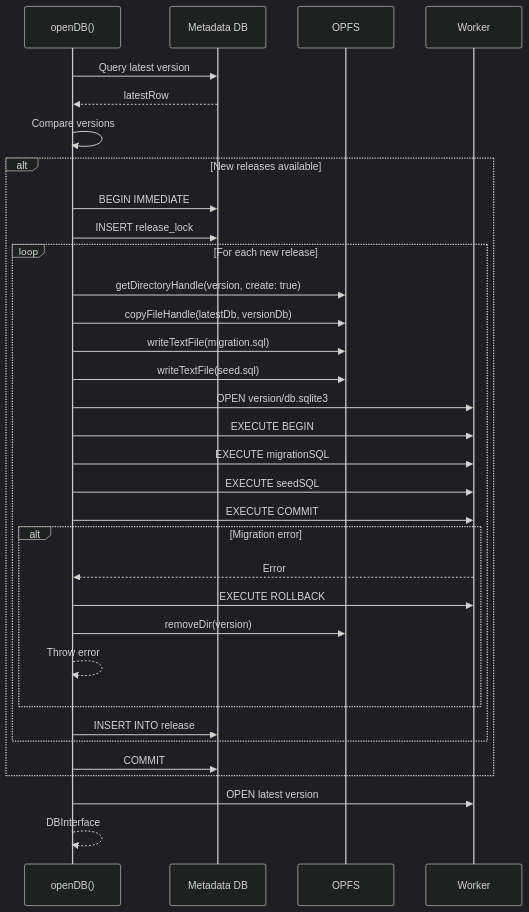
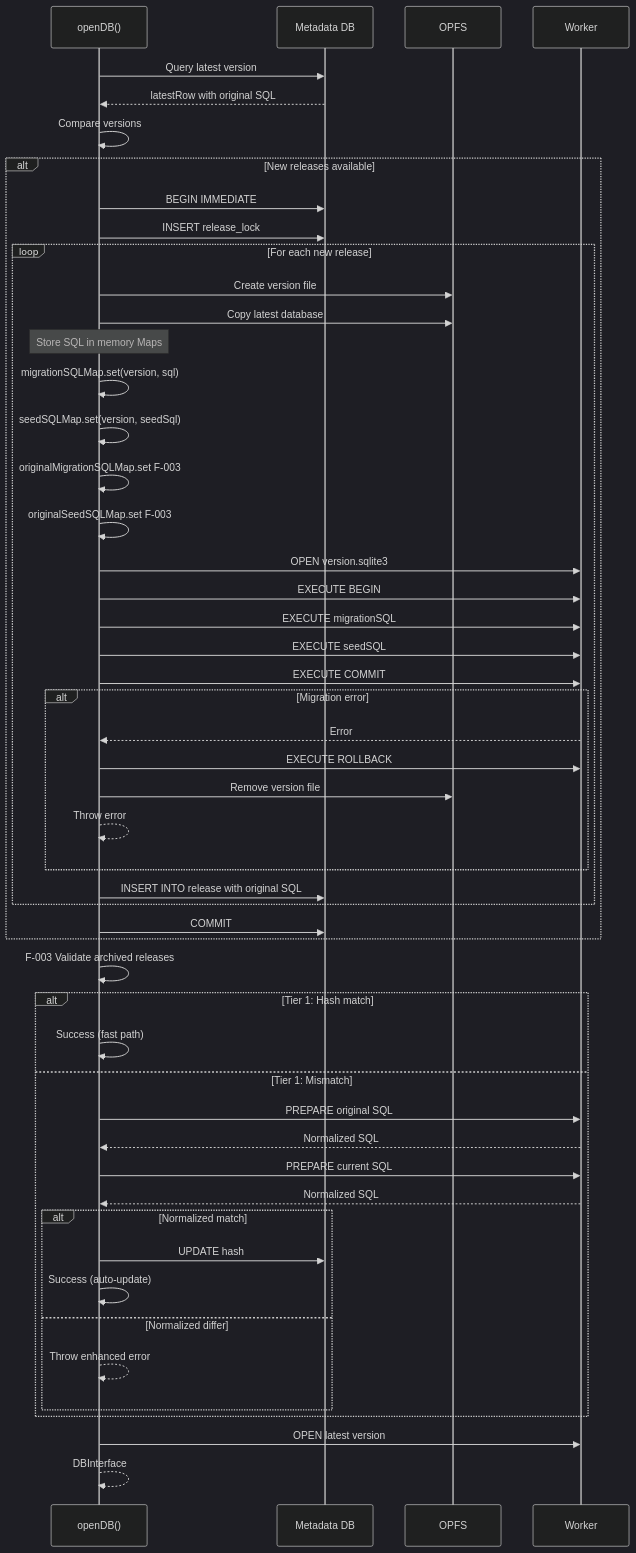
Before and after one commit to wuchuheng/web-sqlite-js: the sixth of 8 diagrams in agent-docs/05-design/03-modules/release-management.md, drawn with Mermaid (dark theme). The commit also changed other lines of this file and 52 other files, not shown here.

First line of the commit message:
feat(release): implement two-tier SQL validation for hash mismatch detection

````diff
--- a/agent-docs/05-design/03-modules/release-management.md
+++ b/agent-docs/05-design/03-modules/release-management.md
@@ -578,44 +887,66 @@
 ```mermaid
 sequenceDiagram
     participant App as openDB()
     participant Meta as Metadata DB
     participant OPFS as OPFS
     participant Worker as Worker
 
     App->>Meta: Query latest version
-    Meta-->>App: latestRow
+    Meta-->>App: latestRow with original SQL
 
     App->>App: Compare versions
 
     alt New releases available
         App->>Meta: BEGIN IMMEDIATE
         App->>Meta: INSERT release_lock
 
         loop For each new release
-            App->>OPFS: getDirectoryHandle(version, create: true)
-            App->>OPFS: copyFileHandle(latestDb, versionDb)
-            App->>OPFS: writeTextFile(migration.sql)
-            App->>OPFS: writeTextFile(seed.sql)
+            App->>OPFS: Create version file
+            App->>OPFS: Copy latest database
 
-            App->>Worker: OPEN version/db.sqlite3
+            Note over App: Store SQL in memory Maps
+            App->>App: migrationSQLMap.set(version, sql)
+            App->>App: seedSQLMap.set(version, seedSql)
+            App->>App: originalMigrationSQLMap.set F-003
+            App->>App: originalSeedSQLMap.set F-003
+
+            App->>Worker: OPEN version.sqlite3
             App->>Worker: EXECUTE BEGIN
             App->>Worker: EXECUTE migrationSQL
             App->>Worker: EXECUTE seedSQL
             App->>Worker: EXECUTE COMMIT
 
             alt Migration error
                 Worker-->>App: Error
                 App->>Worker: EXECUTE ROLLBACK
-                App->>OPFS: removeDir(version)
+                App->>OPFS: Remove version file
                 App-->>App: Throw error
             end
 
-            App->>Meta: INSERT INTO release
+            App->>Meta: INSERT INTO release with original SQL
         end
 
         App->>Meta: COMMIT
     end
 
+    App->>App: F-003 Validate archived releases
+
+    alt Tier 1: Hash match
+        App->>App: Success (fast path)
+    else Tier 1: Mismatch
+        App->>Worker: PREPARE original SQL
+        Worker-->>App: Normalized SQL
+        App->>Worker: PREPARE current SQL
+        Worker-->>App: Normalized SQL
+
+        alt Normalized match
+            App->>Meta: UPDATE hash
+            App->>App: Success (auto-update)
+        else Normalized differ
+            App-->>App: Throw enhanced error
+        end
+    end
+
     App->>Worker: OPEN latest version
     App-->>App: DBInterface
 ```
````
